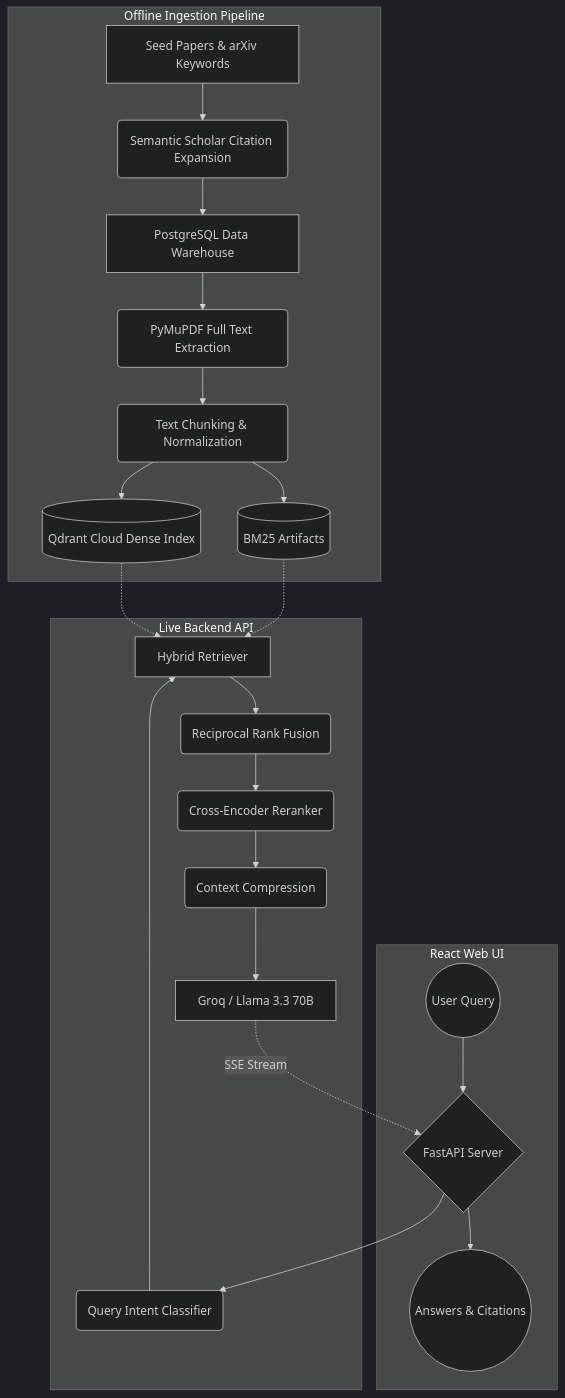
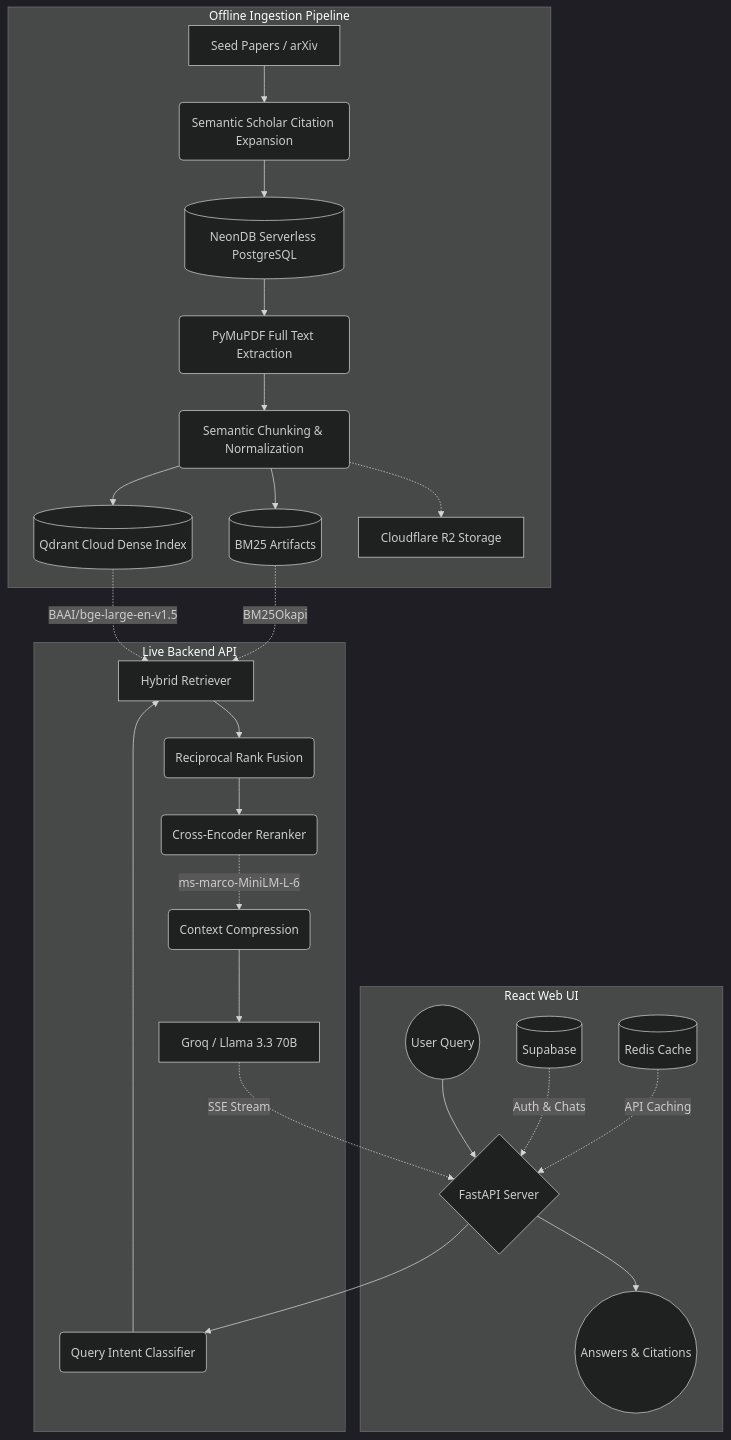
The first of 5 diagrams in README.md (HimasagarU/Arxiv-RAG-Assistant), drawn with Mermaid (dark theme) before and after one commit. The commit also changed other lines of this file, not shown here.

Commit message:
docs: upgrade README with detailed Mermaid diagrams for all workflows

````diff
--- a/README.md
+++ b/README.md
@@ -19,31 +19,34 @@
 ```mermaid
 flowchart TD
     %% Offline Pipeline
     subgraph Offline [Offline Ingestion Pipeline]
-        A[Seed Papers & arXiv Keywords] --> B(Semantic Scholar Citation Expansion)
-        B --> C[PostgreSQL Data Warehouse]
+        A[Seed Papers / arXiv] --> B(Semantic Scholar Citation Expansion)
+        B --> C[(NeonDB Serverless PostgreSQL)]
         C --> D(PyMuPDF Full Text Extraction)
-        D --> E(Text Chunking & Normalization)
+        D --> E(Semantic Chunking & Normalization)
         E --> F1[(Qdrant Cloud Dense Index)]
         E --> F2[(BM25 Artifacts)]
+        E -.-> CF[Cloudflare R2 Storage]
     end
 
     %% Live API Pipeline
     subgraph Live [Live Backend API]
         G(Query Intent Classifier) --> H[Hybrid Retriever]
-        F1 -.-> H
-        F2 -.-> H
+        F1 -.->|BAAI/bge-large-en-v1.5| H
+        F2 -.->|BM25Okapi| H
         H --> I(Reciprocal Rank Fusion)
         I --> J(Cross-Encoder Reranker)
-        J --> K(Context Compression)
+        J -.->|ms-marco-MiniLM-L-6| K(Context Compression)
         K --> L[Groq / Llama 3.3 70B]
     end
 
-    %% Frontend
+    %% Frontend & Auth
     subgraph Frontend [React Web UI]
         M((User Query)) --> N{FastAPI Server}
+        SB[(Supabase)] -. Auth & Chats .-> N
+        RC[(Redis Cache)] -. API Caching .-> N
         N --> G
         L -. SSE Stream .-> N
         N --> O((Answers & Citations))
     end
 ```
````
